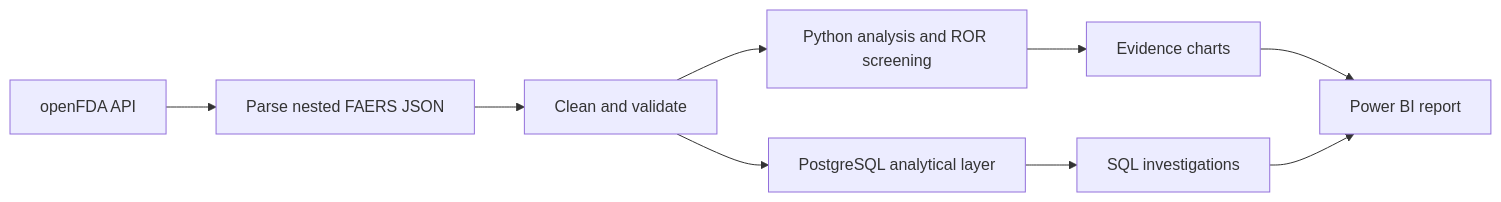
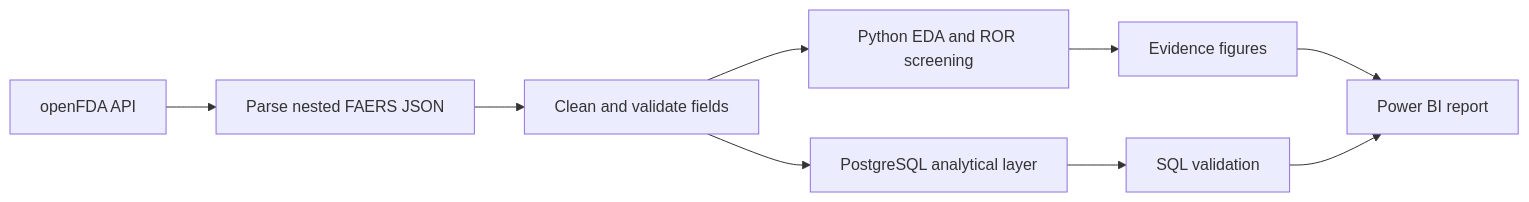
One commit to dineshbarri/medsignal-analytics changed the diagram in README.md. Above: the diagram before and after it, drawn with Mermaid. The commit also changed other lines of this file and 2 other files, not shown here.

````diff
--- a/README.md
+++ b/README.md
@@ -82,11 +107,11 @@
 ```mermaid
 flowchart LR
     A["openFDA API"] --> B["Parse nested FAERS JSON"]
-    B --> C["Clean and validate"]
-    C --> D["Python analysis and ROR screening"]
+    B --> C["Clean and validate fields"]
+    C --> D["Python EDA and ROR screening"]
     C --> E["PostgreSQL analytical layer"]
-    D --> F["Evidence charts"]
-    E --> G["SQL investigations"]
+    D --> F["Evidence figures"]
+    E --> G["SQL validation"]
     F --> H["Power BI report"]
     G --> H
 ```
````
